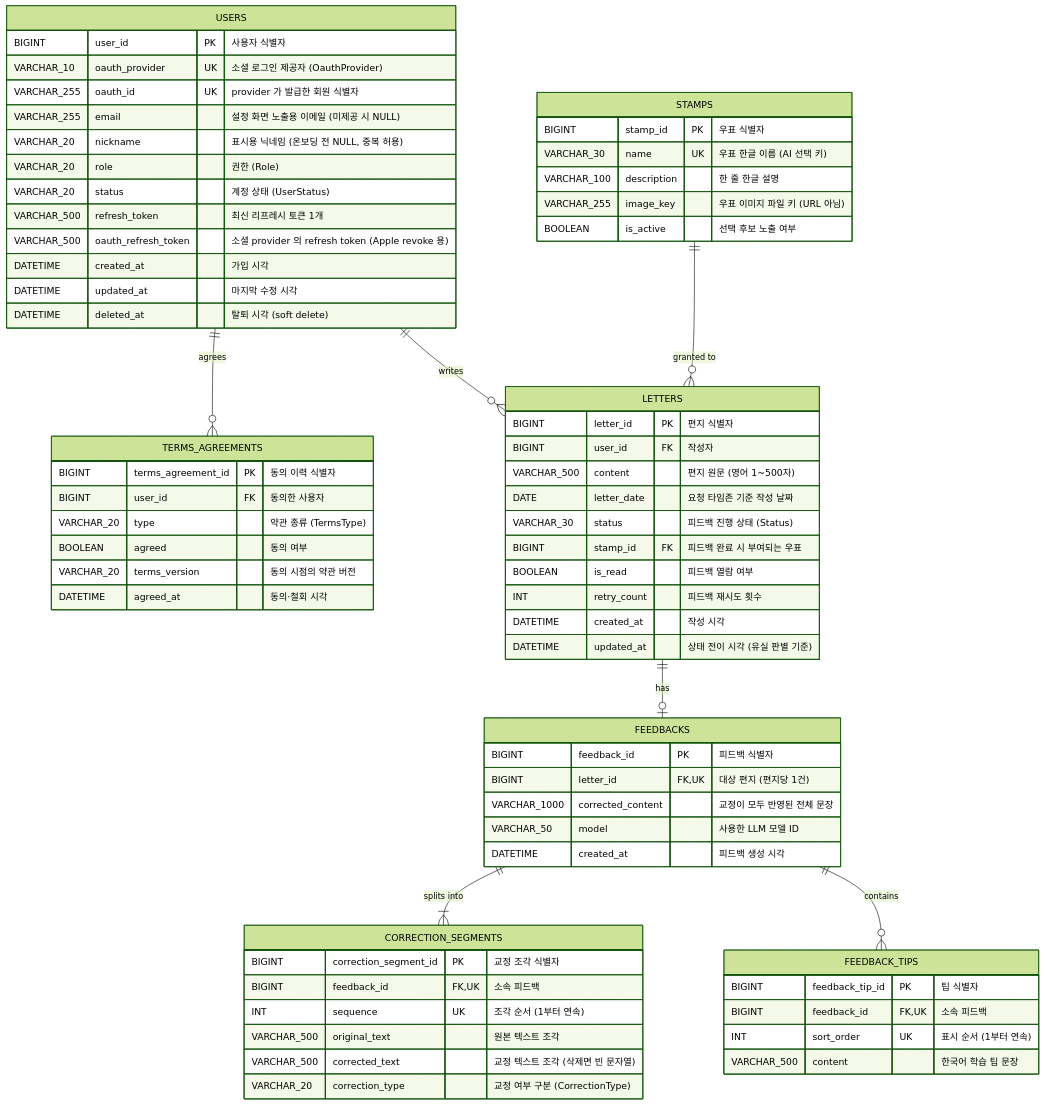
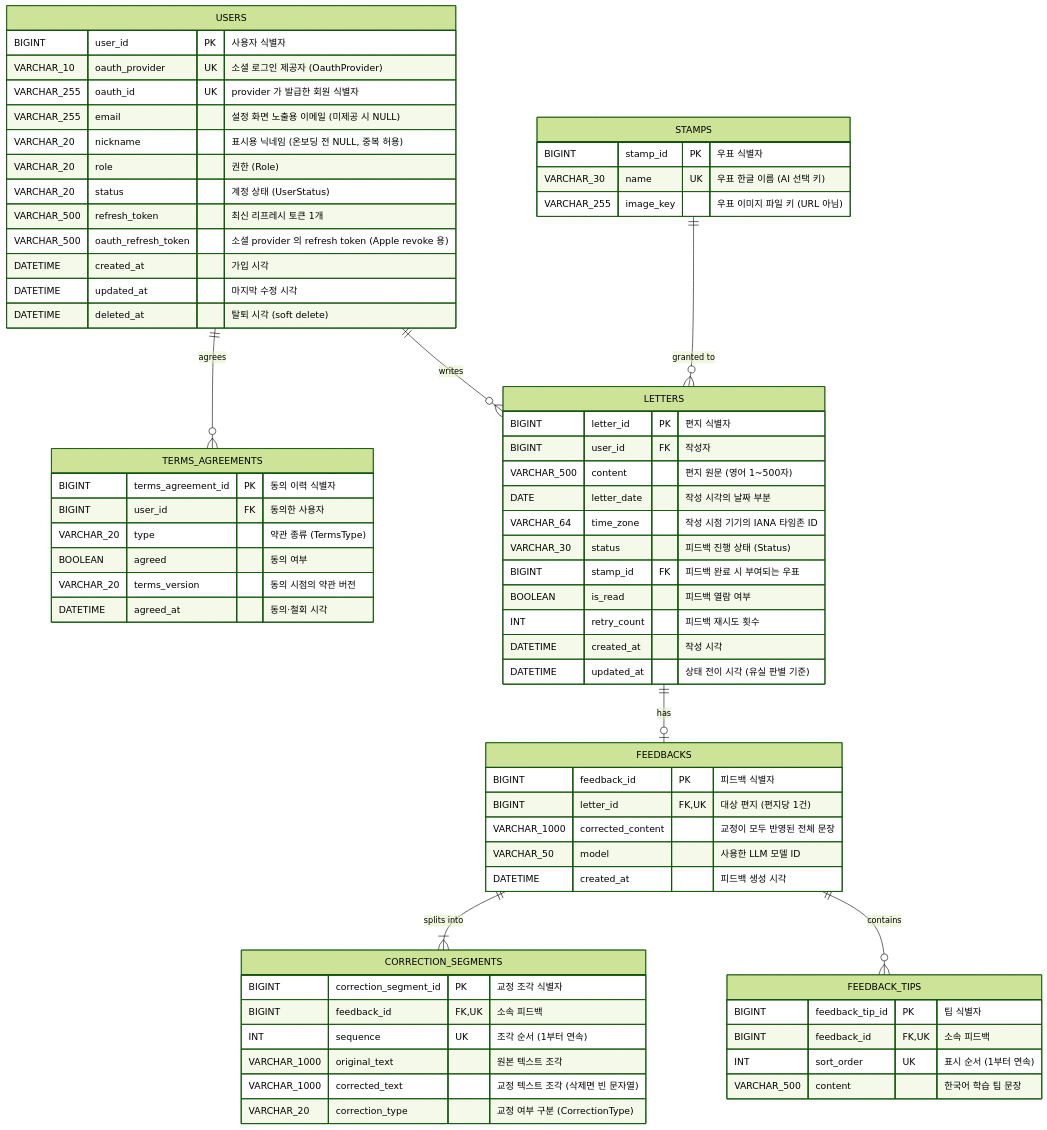
Before and after one commit to Dear-Jolly/Jolly_Server: the diagram in docs/ERD.md, drawn with Mermaid (forest theme). The commit also changed other lines of this file and 2 other files, not shown here.

````diff
--- a/docs/ERD.md
+++ b/docs/ERD.md
@@ -32,78 +32,77 @@
 ```mermaid
 erDiagram
     USERS ||--o{ TERMS_AGREEMENTS : "agrees"
     USERS ||--o{ LETTERS : "writes"
     LETTERS ||--o| FEEDBACKS : "has"
     FEEDBACKS ||--|{ CORRECTION_SEGMENTS : "splits into"
     FEEDBACKS ||--o{ FEEDBACK_TIPS : "contains"
     STAMPS ||--o{ LETTERS : "granted to"
 
     USERS {
         BIGINT user_id PK "사용자 식별자"
         VARCHAR_10 oauth_provider UK "소셜 로그인 제공자 (OauthProvider)"
         VARCHAR_255 oauth_id UK "provider 가 발급한 회원 식별자"
         VARCHAR_255 email "설정 화면 노출용 이메일 (미제공 시 NULL)"
         VARCHAR_20 nickname "표시용 닉네임 (온보딩 전 NULL, 중복 허용)"
         VARCHAR_20 role "권한 (Role)"
         VARCHAR_20 status "계정 상태 (UserStatus)"
         VARCHAR_500 refresh_token "최신 리프레시 토큰 1개"
         VARCHAR_500 oauth_refresh_token "소셜 provider 의 refresh token (Apple revoke 용)"
         DATETIME created_at "가입 시각"
         DATETIME updated_at "마지막 수정 시각"
         DATETIME deleted_at "탈퇴 시각 (soft delete)"
     }
 
     TERMS_AGREEMENTS {
         BIGINT terms_agreement_id PK "동의 이력 식별자"
         BIGINT user_id FK "동의한 사용자"
         VARCHAR_20 type "약관 종류 (TermsType)"
         BOOLEAN agreed "동의 여부"
         VARCHAR_20 terms_version "동의 시점의 약관 버전"
         DATETIME agreed_at "동의·철회 시각"
     }
 
     LETTERS {
         BIGINT letter_id PK "편지 식별자"
         BIGINT user_id FK "작성자"
         VARCHAR_500 content "편지 원문 (영어 1~500자)"
-        DATE letter_date "요청 타임존 기준 작성 날짜"
+        DATE letter_date "작성 시각의 날짜 부분"
+        VARCHAR_64 time_zone "작성 시점 기기의 IANA 타임존 ID"
         VARCHAR_30 status "피드백 진행 상태 (Status)"
         BIGINT stamp_id FK "피드백 완료 시 부여되는 우표"
         BOOLEAN is_read "피드백 열람 여부"
         INT retry_count "피드백 재시도 횟수"
         DATETIME created_at "작성 시각"
         DATETIME updated_at "상태 전이 시각 (유실 판별 기준)"
     }
 
     STAMPS {
         BIGINT stamp_id PK "우표 식별자"
         VARCHAR_30 name UK "우표 한글 이름 (AI 선택 키)"
-        VARCHAR_100 description "한 줄 한글 설명"
         VARCHAR_255 image_key "우표 이미지 파일 키 (URL 아님)"
-        BOOLEAN is_active "선택 후보 노출 여부"
     }
 
     FEEDBACKS {
         BIGINT feedback_id PK "피드백 식별자"
         BIGINT letter_id FK,UK "대상 편지 (편지당 1건)"
         VARCHAR_1000 corrected_content "교정이 모두 반영된 전체 문장"
         VARCHAR_50 model "사용한 LLM 모델 ID"
         DATETIME created_at "피드백 생성 시각"
     }
 
     CORRECTION_SEGMENTS {
         BIGINT correction_segment_id PK "교정 조각 식별자"
         BIGINT feedback_id FK,UK "소속 피드백"
         INT sequence UK "조각 순서 (1부터 연속)"
-        VARCHAR_500 original_text "원본 텍스트 조각"
-        VARCHAR_500 corrected_text "교정 텍스트 조각 (삭제면 빈 문자열)"
+        VARCHAR_1000 original_text "원본 텍스트 조각"
+        VARCHAR_1000 corrected_text "교정 텍스트 조각 (삭제면 빈 문자열)"
         VARCHAR_20 correction_type "교정 여부 구분 (CorrectionType)"
     }
 
     FEEDBACK_TIPS {
         BIGINT feedback_tip_id PK "팁 식별자"
         BIGINT feedback_id FK,UK "소속 피드백"
         INT sort_order UK "표시 순서 (1부터 연속)"
         VARCHAR_500 content "한국어 학습 팁 문장"
     }
 ```
````
